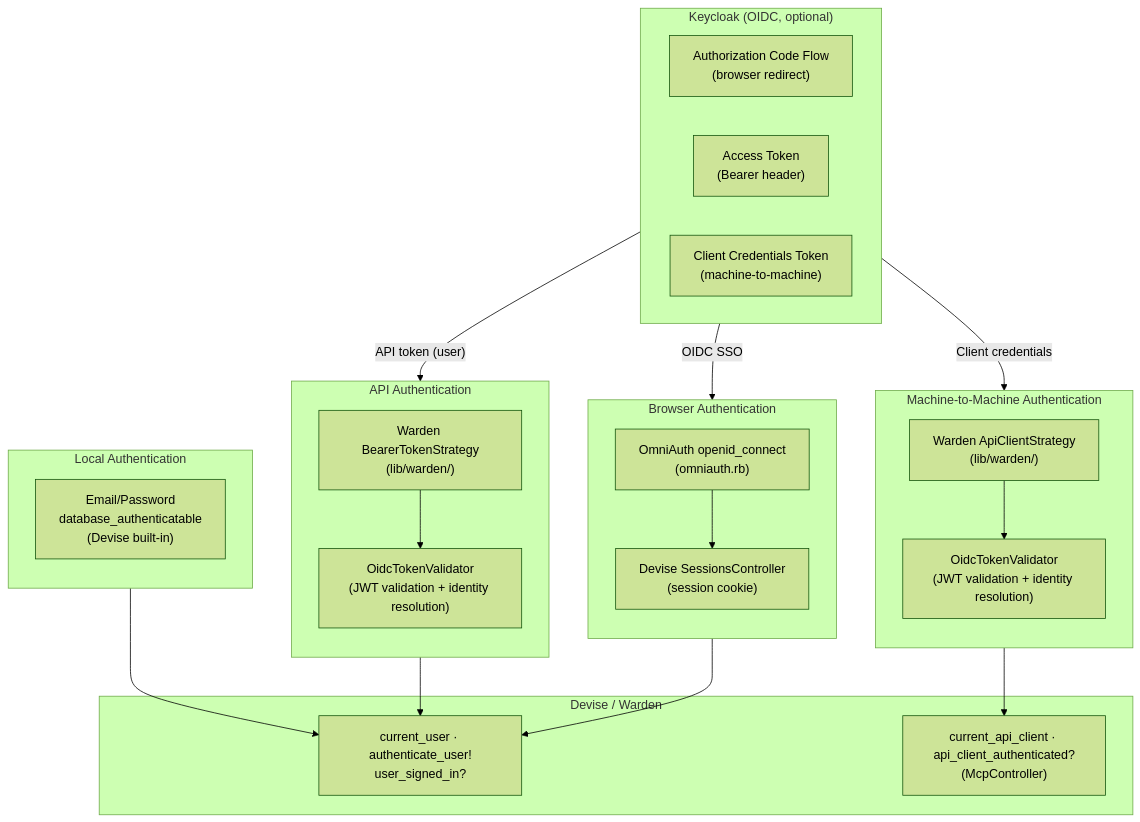
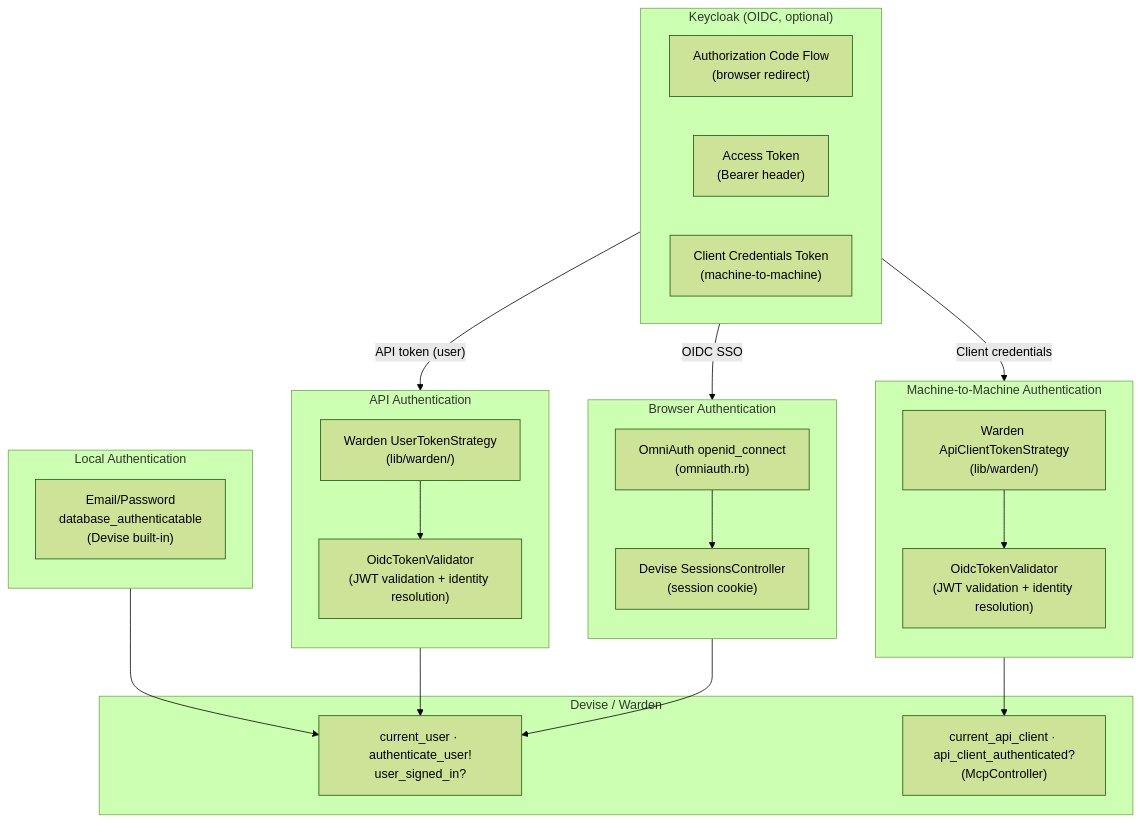
The diagram in docs/auth.md (bibendi/starmap), drawn with Mermaid (forest theme) before and after one commit. The commit also changed other lines of this file and 5 other files, not shown here.

````diff
--- a/docs/auth.md
+++ b/docs/auth.md
@@ -14,48 +14,48 @@
 ```mermaid
 flowchart TB
     subgraph KC["Keycloak (OIDC, optional)"]
         direction LR
         AC["Authorization Code Flow <br/> (browser redirect)"]
         AT["Access Token<br/>(Bearer header)"]
         CT["Client Credentials Token<br/>(machine-to-machine)"]
     end
 
     subgraph Browser["Browser Authentication"]
         direction TB
         Omni["OmniAuth openid_connect<br/>(omniauth.rb)"]
         Session["Devise SessionsController<br/>(session cookie)"]
         Omni --> Session
     end
 
     subgraph API["API Authentication"]
         direction TB
-        Bearer["Warden BearerTokenStrategy<br/>(lib/warden/)"]
+        Bearer["Warden UserTokenStrategy<br/>(lib/warden/)"]
         Validator["OidcTokenValidator<br/>(JWT validation + identity resolution)"]
         Bearer --> Validator
     end
 
     subgraph M2M["Machine-to-Machine Authentication"]
         direction TB
-        ApiClientStrategy["Warden ApiClientStrategy<br/>(lib/warden/)"]
+        ApiClientTokenStrategy["Warden ApiClientTokenStrategy<br/>(lib/warden/)"]
         Validator2["OidcTokenValidator<br/>(JWT validation + identity resolution)"]
-        ApiClientStrategy --> Validator2
+        ApiClientTokenStrategy --> Validator2
     end
 
     subgraph Local["Local Authentication"]
         direction TB
         DBAuth["Email/Password<br/>database_authenticatable<br/>(Devise built-in)"]
     end
 
     subgraph Result["Devise / Warden"]
         Helpers["current_user · authenticate_user!<br/>user_signed_in?"]
         ApiHelpers["current_api_client · api_client_authenticated?<br/>(McpController)"]
     end
 
     KC -->|"OIDC SSO"| Omni
     KC -->|"API token (user)"| Bearer
-    KC -->|"Client credentials"| ApiClientStrategy
+    KC -->|"Client credentials"| ApiClientTokenStrategy
     Session --> Helpers
     Validator --> Helpers
     Validator2 --> ApiHelpers
     DBAuth --> Helpers
 ```
````
